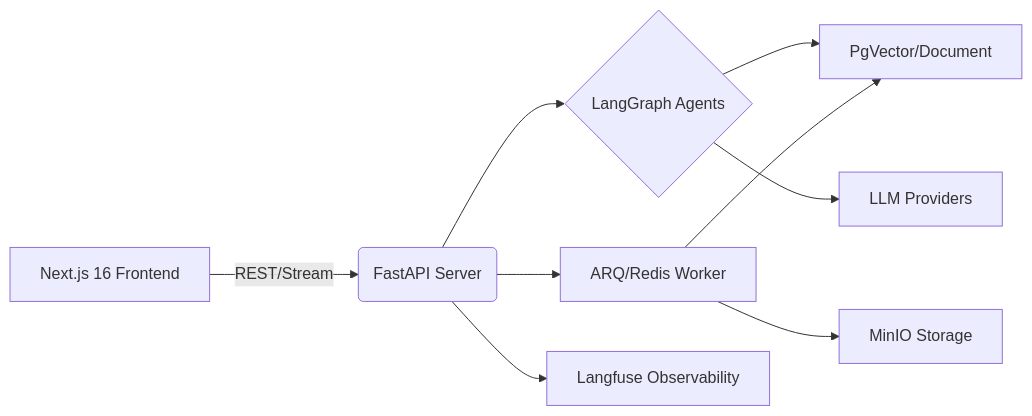
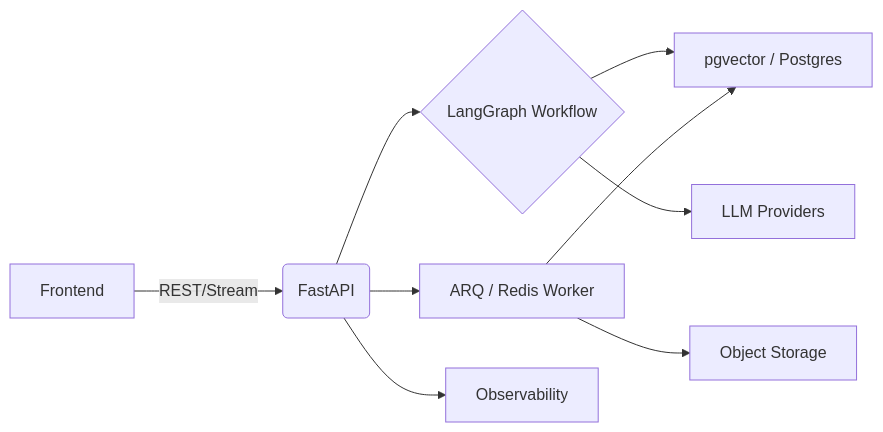
The diagram in README.md (Ivan001223/AgFrame), drawn with Mermaid before and after one commit. The commit also changed other lines of this file and 5 other files, not shown here.

````diff
--- a/README.md
+++ b/README.md
@@ -47,11 +42,11 @@
 ```mermaid
 graph LR
-    A[Next.js 16 Frontend] -->|REST/Stream| B(FastAPI Server)
-    B --> C{LangGraph Agents}
-    C --> D[PgVector/Document]
+    A[Frontend] -->|REST/Stream| B(FastAPI)
+    B --> C{LangGraph Workflow}
+    C --> D[pgvector / Postgres]
     C --> E[LLM Providers]
-    B --> F[ARQ/Redis Worker]
+    B --> F[ARQ / Redis Worker]
     F --> D
-    F --> G[MinIO Storage]
-    B --> H[Langfuse Observability]
+    F --> G[Object Storage]
+    B --> H[Observability]
 ```
````
